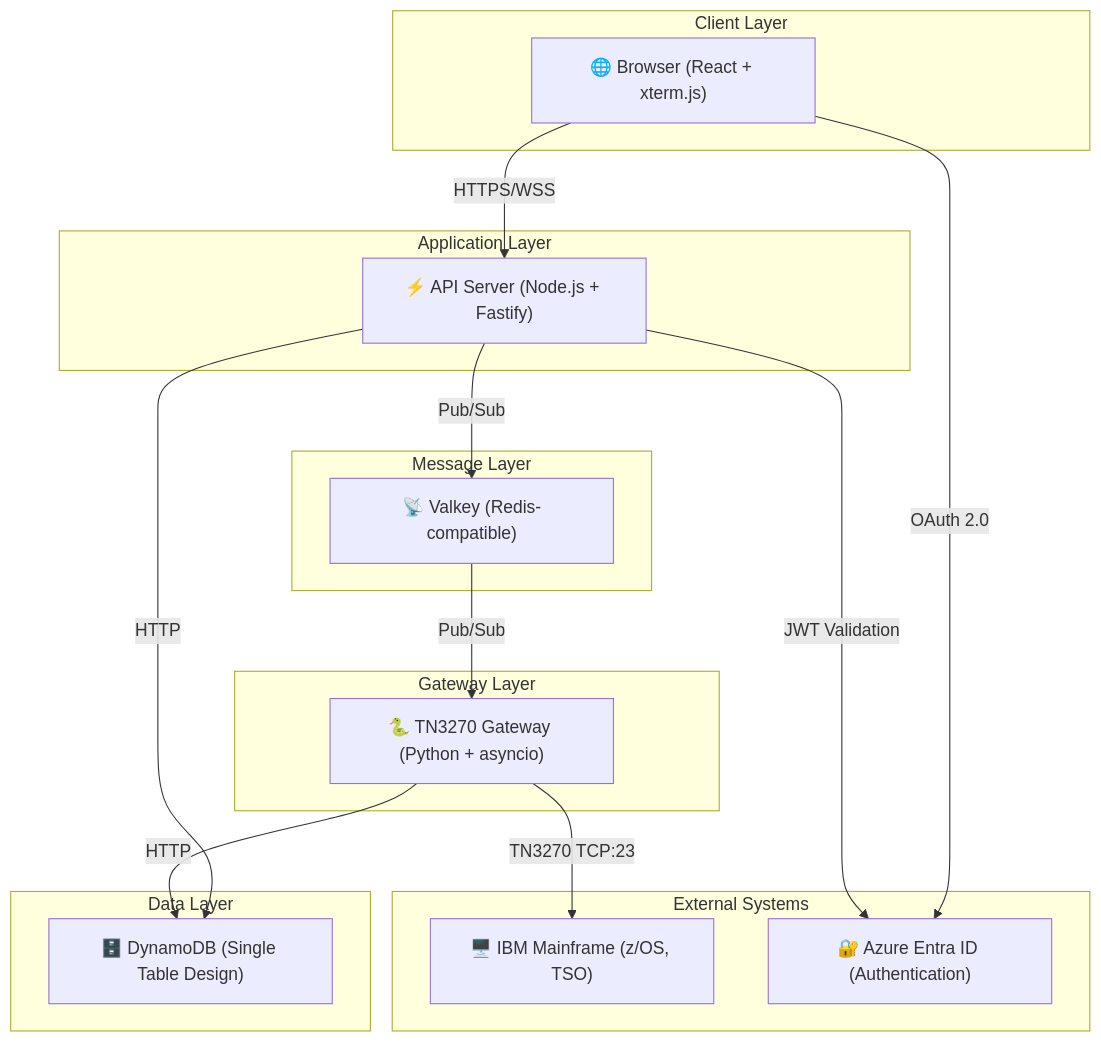
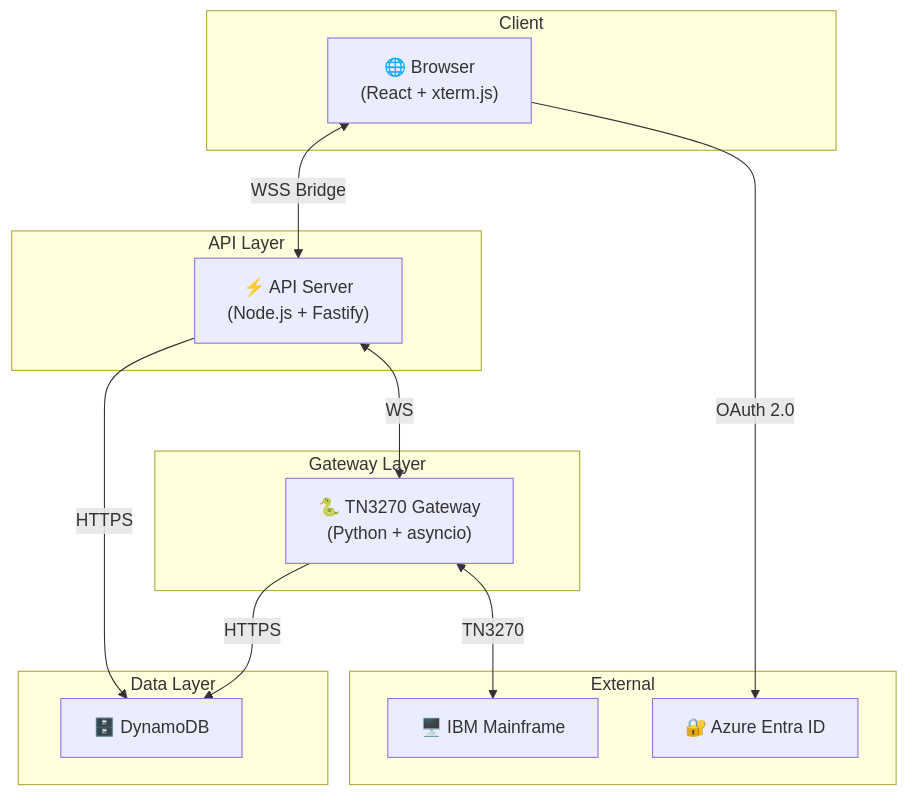
The first of 4 diagrams in docs/ARCHITECTURE.md (gurungabit/iast), drawn with Mermaid before and after one commit. The commit also changed other lines of this file and 33 other files, not shown here.

````diff
--- a/docs/ARCHITECTURE.md
+++ b/docs/ARCHITECTURE.md
@@ -9,37 +9,31 @@
 ```mermaid
 flowchart TB
-    subgraph "Client Layer"
-        Browser["🌐 Browser (React + xterm.js)"]
+    subgraph "Client"
+        Browser["🌐 Browser<br>(React + xterm.js)"]
     end
     
-    subgraph "Application Layer"
-        API["⚡ API Server (Node.js + Fastify)"]
-    end
-    
-    subgraph "Message Layer"
-        Valkey["📡 Valkey (Redis-compatible)"]
+    subgraph "API Layer"
+        API["⚡ API Server<br>(Node.js + Fastify)"]
     end
     
     subgraph "Gateway Layer"
-        Gateway["🐍 TN3270 Gateway (Python + asyncio)"]
+        Gateway["🐍 TN3270 Gateway<br>(Python + asyncio)"]
     end
     
     subgraph "Data Layer"
-        DynamoDB["🗄️ DynamoDB (Single Table Design)"]
+        DynamoDB["🗄️ DynamoDB"]
     end
     
-    subgraph "External Systems"
-        Mainframe["🖥️ IBM Mainframe (z/OS, TSO)"]
-        EntraID["🔐 Azure Entra ID (Authentication)"]
+    subgraph "External"
+        Mainframe["🖥️ IBM Mainframe"]
+        EntraID["🔐 Azure Entra ID"]
     end
     
-    Browser -->|"HTTPS/WSS"| API
-    API -->|"Pub/Sub"| Valkey
-    Valkey -->|"Pub/Sub"| Gateway
-    Gateway -->|"TN3270 TCP:23"| Mainframe
+    Browser <-->|"WSS Bridge"| API
+    API <-->|"WS"| Gateway
+    Gateway <-->|"TN3270"| Mainframe
     
-    API -->|"HTTP"| DynamoDB
-    Gateway -->|"HTTP"| DynamoDB
+    API -->|"HTTPS"| DynamoDB
+    Gateway -->|"HTTPS"| DynamoDB
     Browser -->|"OAuth 2.0"| EntraID
-    API -->|"JWT Validation"| EntraID
 ```
````
